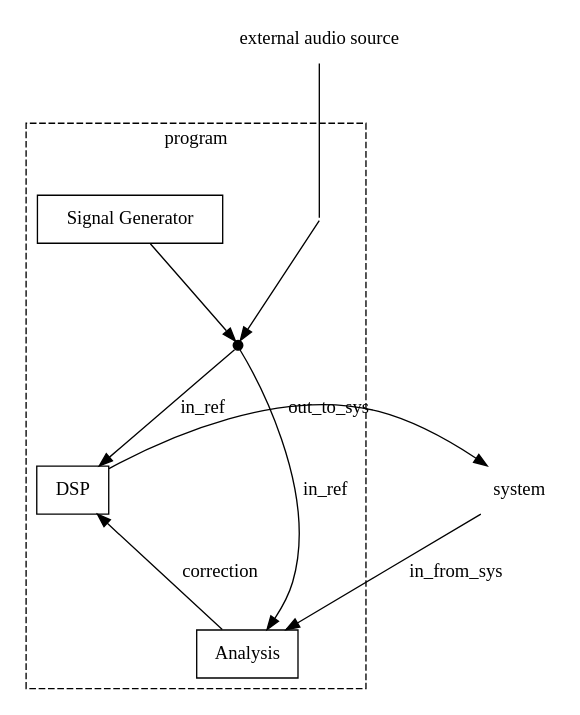
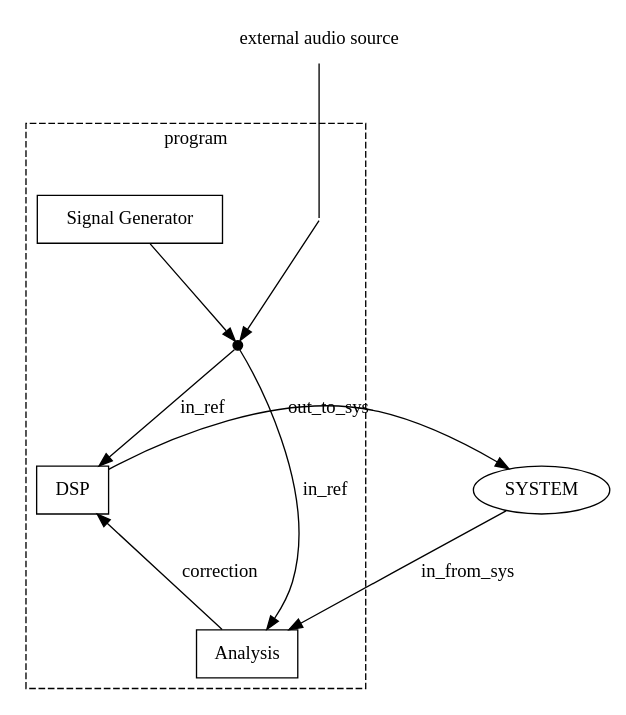
One commit to Alexandr-Ramos/TFG changed the diagram in memoria/esquemas/general_block_program.dot. Above: the diagram before and after it, drawn with Graphviz. The commit also changed 9 other files, not shown here.

```diff
--- a/memoria/esquemas/general_block_program.dot
+++ b/memoria/esquemas/general_block_program.dot
@@ -1,50 +1,50 @@
 digraph G {
     rankdir=TB;  // Canviat a "TB" (de dalt a baix) per ordenar en vertical
     bgcolor=white; // Fons blanc
     nodesep=1.0;
     ranksep=1.0;
     
     // Definició del node "external audio source" sense forma
     external_audio_source [label="external audio source", shape=plaintext];
     
     // Node invisible per garantir que ext_aud_src estigui fora de program
     dummy [shape=point, width=0];
     
     // Connexió entre ext_aud_src i el node invisible
     external_audio_source -> dummy [arrowhead=none];
 
     // Definició del node "program" com a subconjunt amb línia discontínua
     subgraph cluster_program {
         label="program";
         style=dashed;
         rankdir=TB;  // Manté l'ordre vertical dins de "program"
         
         // Elements dins del "program" en vertical
         signal_generator [label="Signal Generator", shape=box];
         dsp [label="DSP", shape=box];
         analysis [label="Analysis", shape=box];
 
         // Connexió invisible per forçar disposició vertical
         signal_generator -> dsp -> analysis [style=invis];
 
         // Connexions dins de "program"
         in_ref_split [shape=point, width=0.1];  // Punt invisible per fer el split
         dummy -> in_ref_split;
         in_ref_split -> dsp [label="in_ref"];
         in_ref_split -> analysis [label="in_ref"];
 
         // Feedback loop dins de program
         // feedback [shape=point, width=0]; // Punt per la connexió interna
         signal_generator -> in_ref_split;
     }
 
     // Connexió des de "DSP" a "system"
-    system [label="system", shape=plaintext];
+    system [label="SYSTEM"];
     dsp -> system [label="out_to_sys"];
 
     // Connexió des de "system" a "analysis"
     system -> analysis [label="in_from_sys"];
 
     // Connexió des de "analysis" a "DSP"
     analysis -> dsp [label="correction"];
 }
```
